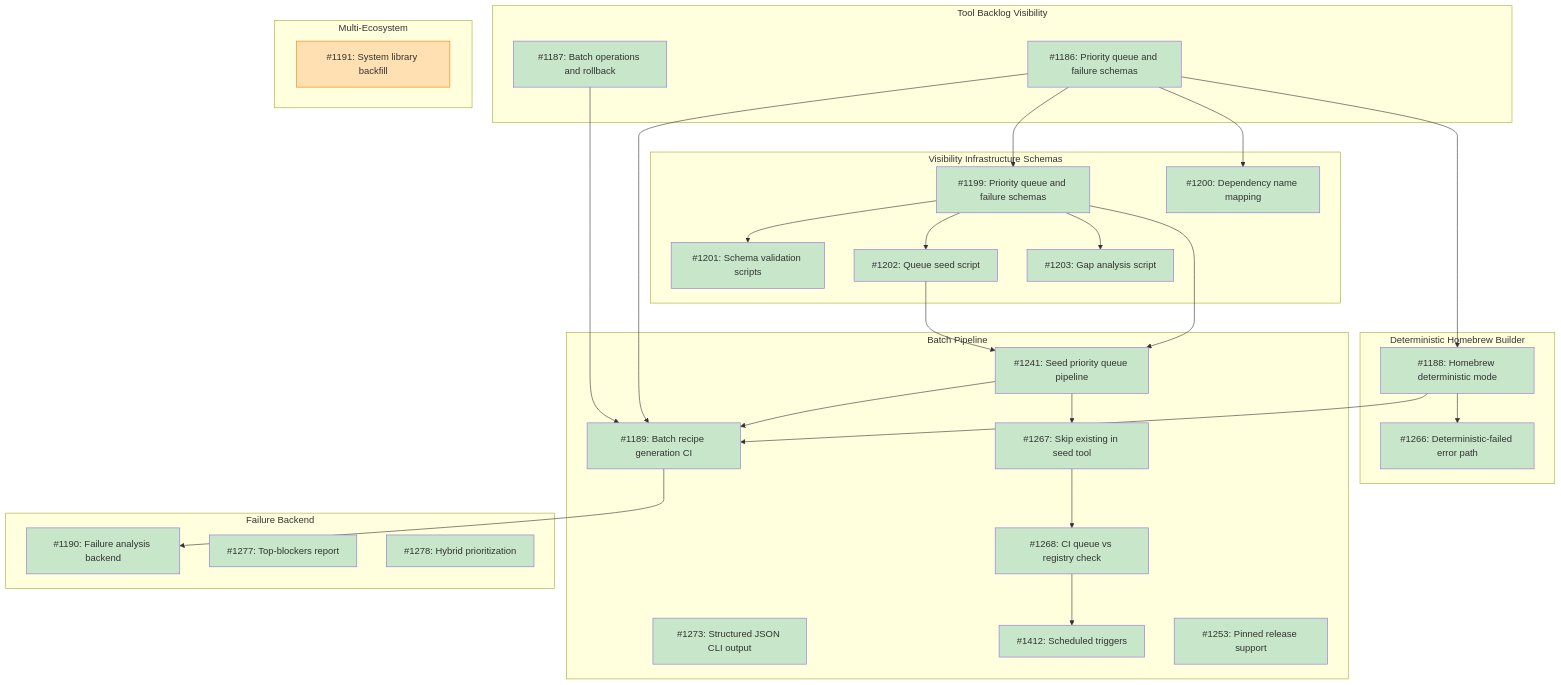
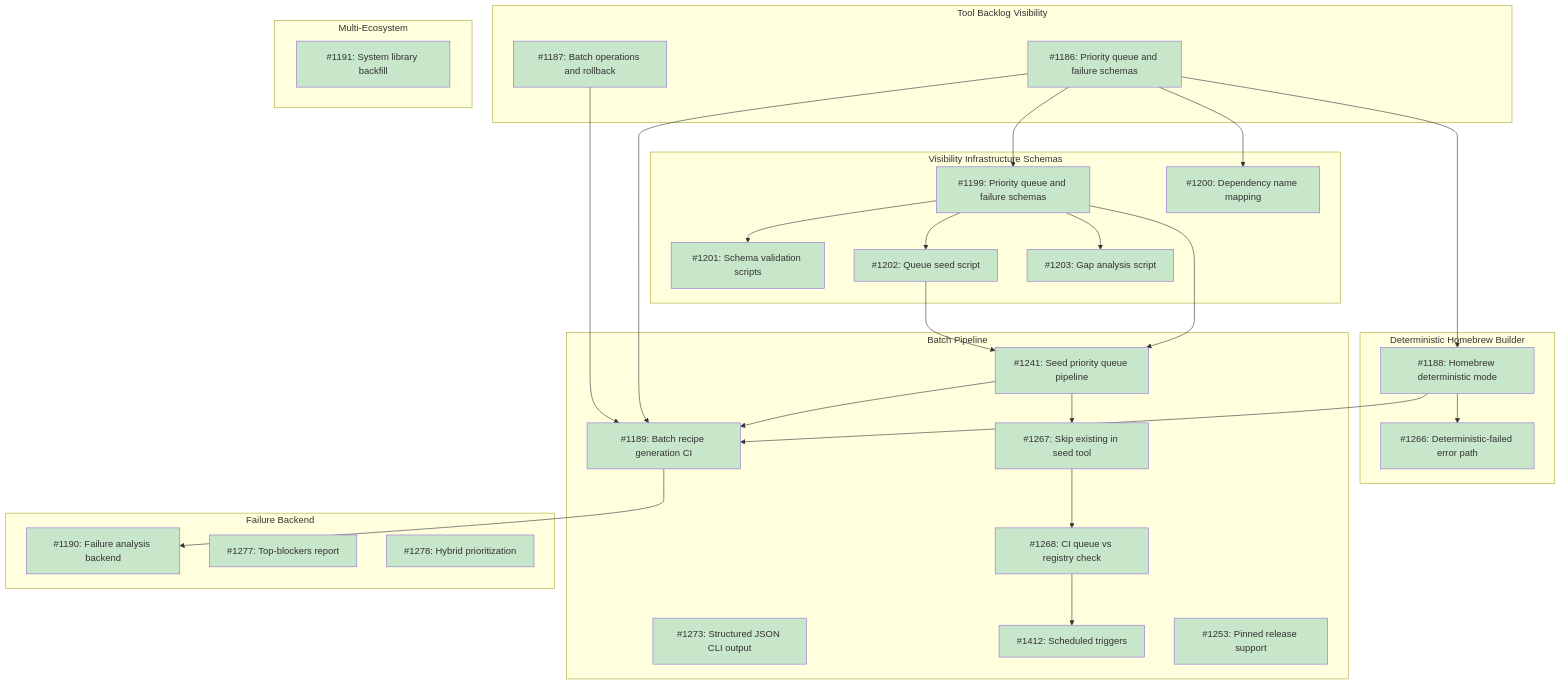
Before and after one commit to tsukumogami/tsuku: the diagram in docs/designs/DESIGN-registry-scale-strategy.md, drawn with Mermaid. The commit also changed other lines of this file and 1 other file, not shown here.

Commit message:
docs(registry-scale-strategy): mark #1191 done (child design current)

````diff
--- a/docs/designs/DESIGN-registry-scale-strategy.md
+++ b/docs/designs/DESIGN-registry-scale-strategy.md
@@ -156,5 +156,5 @@
     class I1190 done
     class I1277 done
     class I1278 done
-    class I1191 tracksDesign
+    class I1191 done
 ```
````
